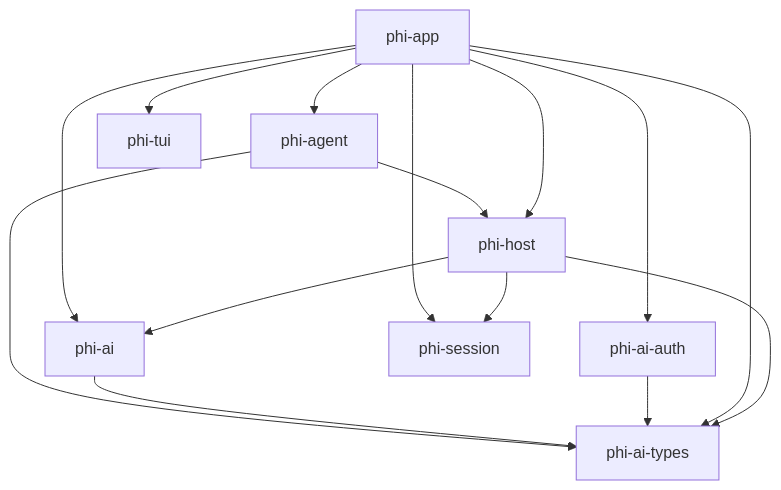
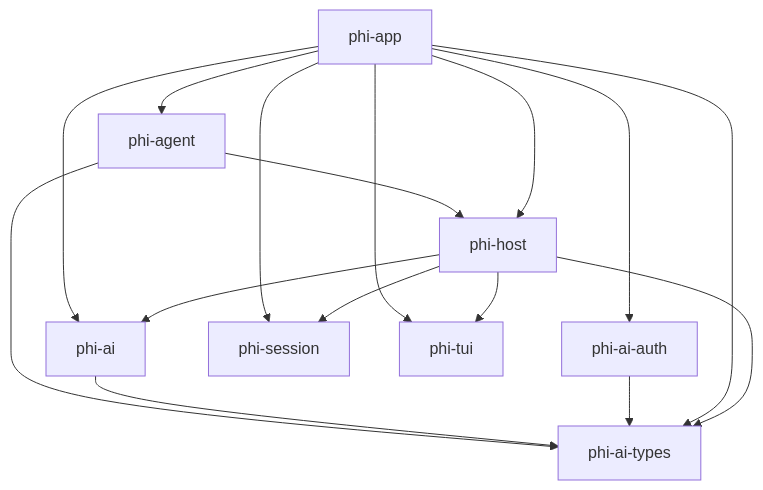
The diagram in ARCHITECTURE.md (y0usaf/phi), drawn with Mermaid before and after one commit. The commit also changed other lines of this file, not shown here.

Commit message:
docs: refresh architecture for WS6.1

````diff
--- a/ARCHITECTURE.md
+++ b/ARCHITECTURE.md
@@ -14,17 +14,18 @@
 ```mermaid
 graph TD
   phi_agent["phi-agent"] --> phi_ai_types["phi-ai-types"]
   phi_agent["phi-agent"] --> phi_host["phi-host"]
   phi_ai["phi-ai"] --> phi_ai_types["phi-ai-types"]
   phi_ai_auth["phi-ai-auth"] --> phi_ai_types["phi-ai-types"]
   phi_app["phi-app"] --> phi_agent["phi-agent"]
   phi_app["phi-app"] --> phi_ai["phi-ai"]
   phi_app["phi-app"] --> phi_ai_auth["phi-ai-auth"]
   phi_app["phi-app"] --> phi_ai_types["phi-ai-types"]
   phi_app["phi-app"] --> phi_host["phi-host"]
   phi_app["phi-app"] --> phi_session["phi-session"]
   phi_app["phi-app"] --> phi_tui["phi-tui"]
   phi_host["phi-host"] --> phi_ai["phi-ai"]
   phi_host["phi-host"] --> phi_ai_types["phi-ai-types"]
   phi_host["phi-host"] --> phi_session["phi-session"]
+  phi_host["phi-host"] --> phi_tui["phi-tui"]
 ```
````
